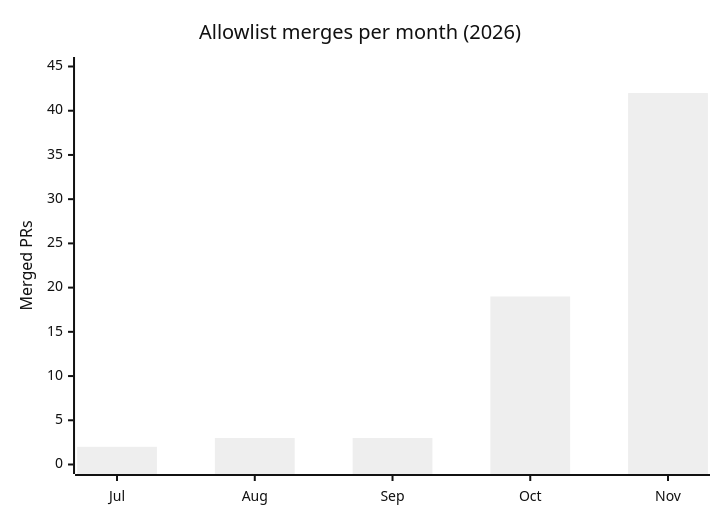
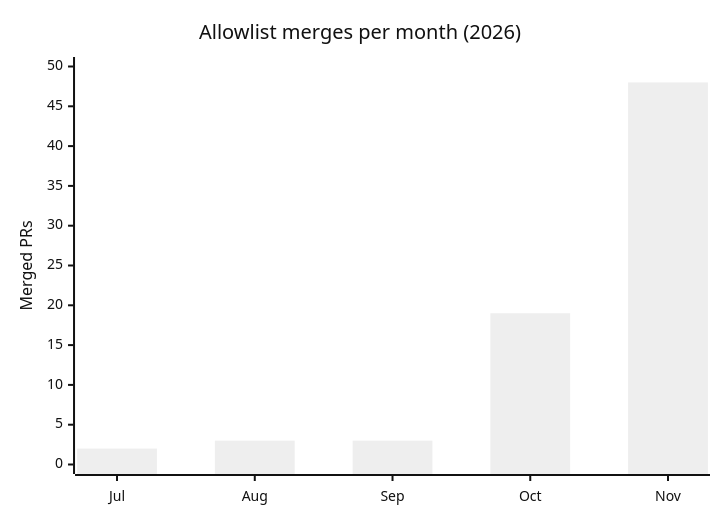
The second of 2 diagrams in README.md (mangeshraut712/mangeshraut712), drawn with Mermaid (neutral theme) before and after one commit. The commit also changed other lines of this file and 1 other file, not shown here.

````diff
--- a/README.md
+++ b/README.md
@@ -321,7 +321,7 @@
 ```mermaid
 xychart-beta
   title "Allowlist merges per month (2026)"
   x-axis [Jul, Aug, Sep, Oct, Nov]
-  y-axis "Merged PRs" 0 --> 45
-  bar [2, 3, 3, 19, 42]
+  y-axis "Merged PRs" 0 --> 50
+  bar [2, 3, 3, 19, 48]
 ```
````
